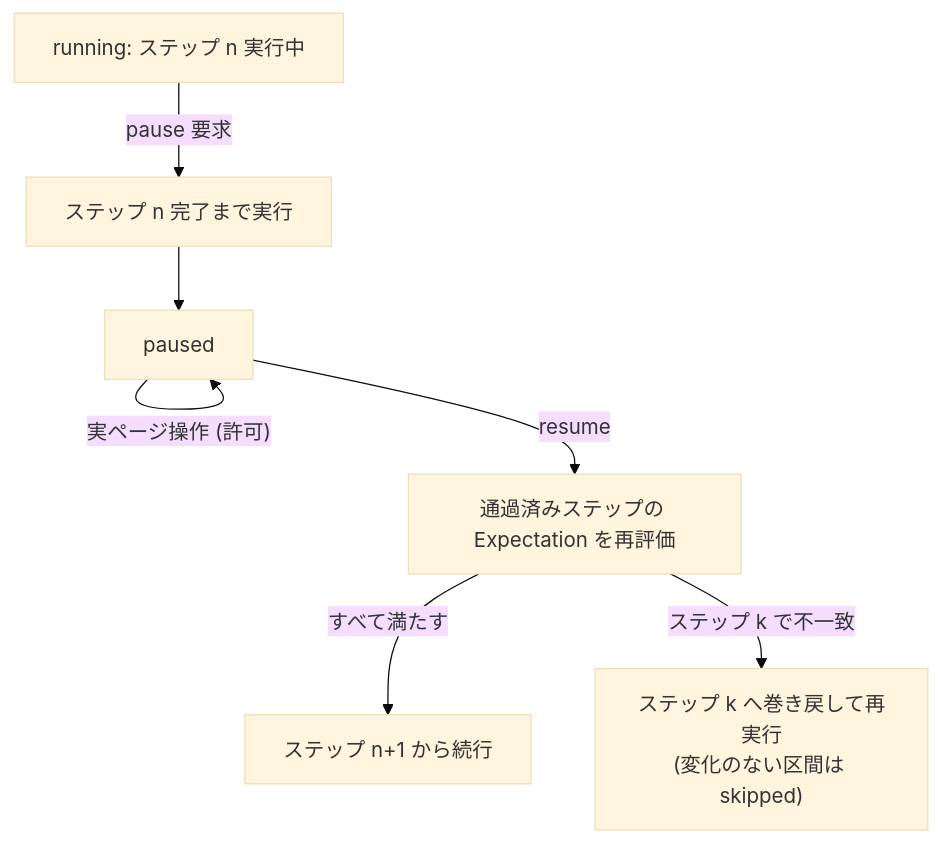
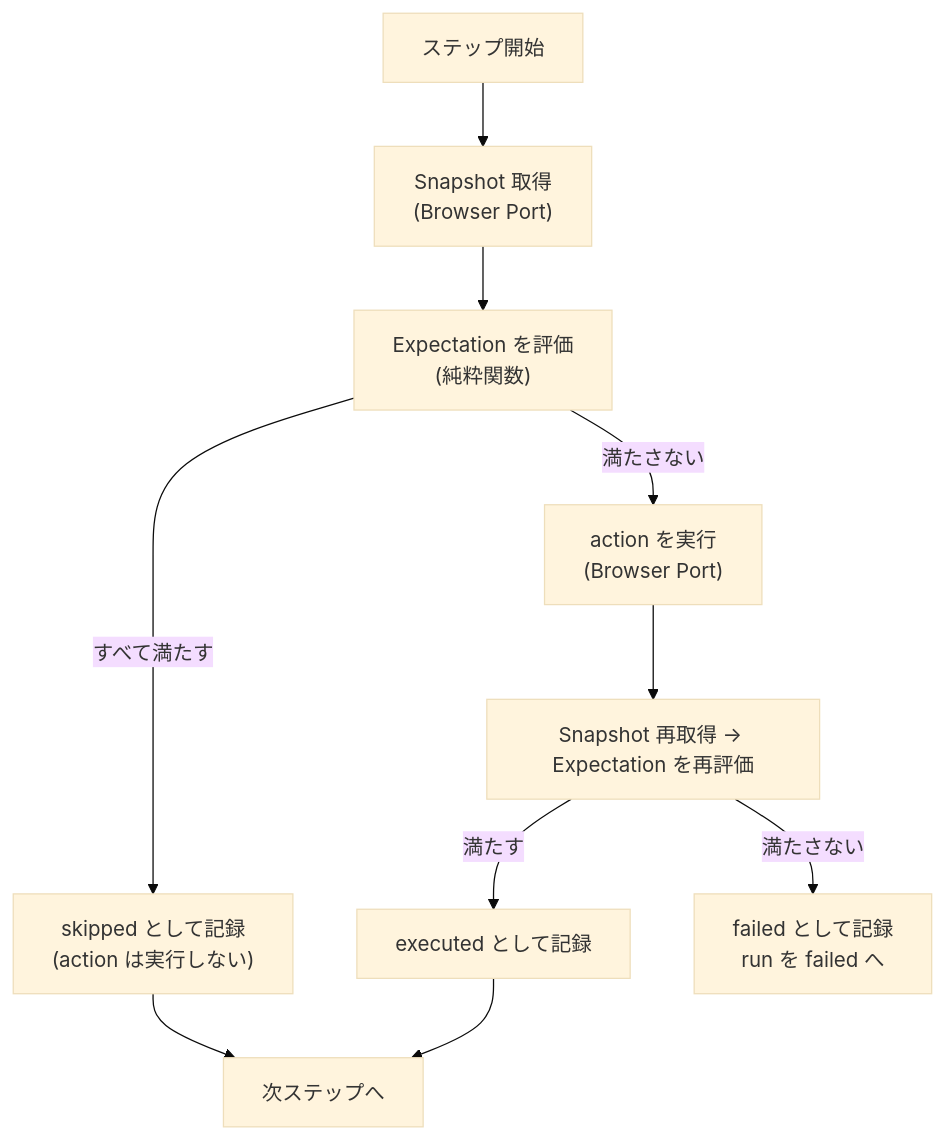
The third of 3 diagrams in design/features/execution/DesignDoc_execution.md (Fukuemon/screen-contract), drawn with Mermaid (base theme) before and after one commit. The commit also changed other lines of this file and 5 other files, not shown here.

````diff
--- a/design/features/execution/DesignDoc_execution.md
+++ b/design/features/execution/DesignDoc_execution.md
@@ -129,10 +152,12 @@
 ```mermaid
 flowchart TD
-    A["running: ステップ n 実行中"] -->|pause 要求| B["ステップ n 完了まで実行"]
-    B --> C["paused"]
-    C -->|"要素選択 (座標 query)"| C
-    C -->|"実ページ操作 (許可)"| C
-    C -->|resume| D["通過済みステップの Expectation を再評価"]
-    D -->|すべて満たす| E["ステップ n+1 から続行"]
-    D -->|"ステップ k で不一致"| F["ステップ k へ巻き戻して再実行<br/>(変化のない区間は skipped)"]
+    A["ステップ開始"] --> B["Snapshot 取得<br/>(Browser Port)"]
+    B --> C["Expectation を評価<br/>(純粋関数)"]
+    C -->|すべて満たす| D["skipped として記録<br/>(action は実行しない)"]
+    C -->|満たさない| E["action を実行<br/>(Browser Port)"]
+    E --> F["Snapshot 再取得 → Expectation を再評価"]
+    F -->|満たす| G["executed として記録"]
+    F -->|満たさない| H["failed として記録<br/>run を failed へ"]
+    D --> I["次ステップへ"]
+    G --> I
 ```
````
